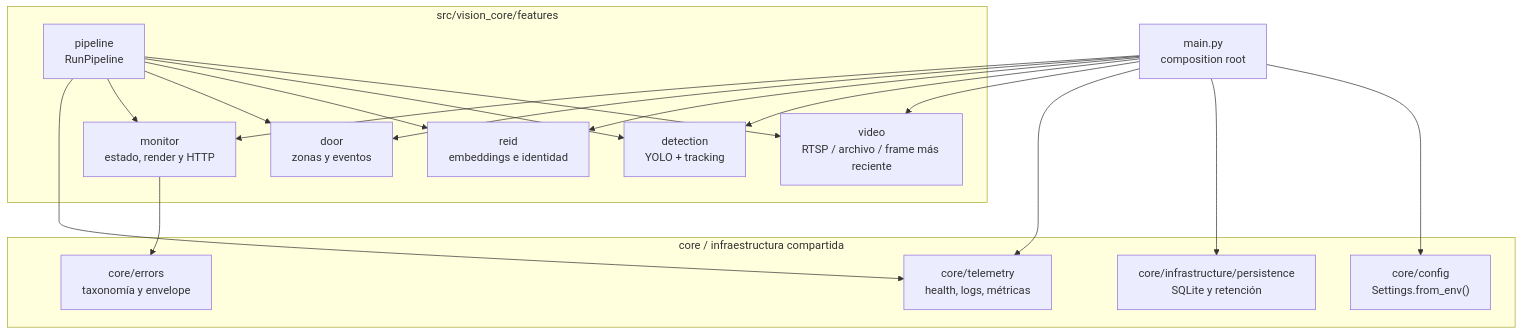
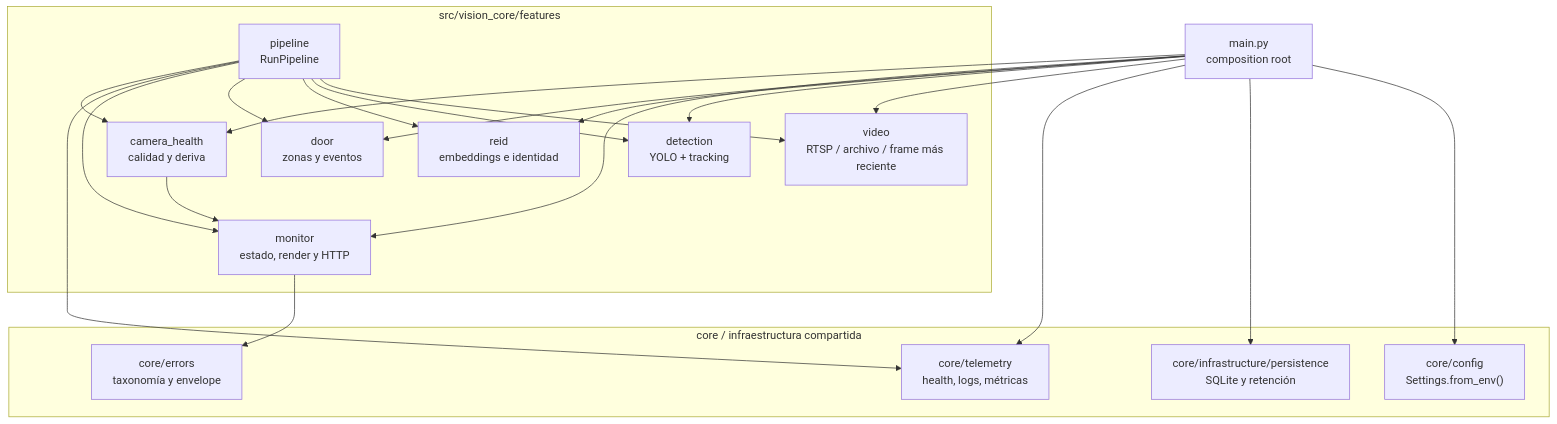
The third of 4 diagrams in docs/diagrams.md (ECOSUR-TEAM/Vision-Core), drawn with Mermaid before and after one commit. The commit also changed other lines of this file and 8 other files, not shown here.

````diff
--- a/docs/diagrams.md
+++ b/docs/diagrams.md
@@ -65,36 +65,40 @@
 ```mermaid
 flowchart TB
     Main["main.py<br/>composition root"]
 
     subgraph Features["src/vision_core/features"]
         Video["video<br/>RTSP / archivo / frame más reciente"]
         Detection["detection<br/>YOLO + tracking"]
         ReID["reid<br/>embeddings e identidad"]
         Door["door<br/>zonas y eventos"]
         Pipeline["pipeline<br/>RunPipeline"]
         Monitor["monitor<br/>estado, render y HTTP"]
+        CameraQuality["camera_health<br/>calidad y deriva"]
     end
 
     subgraph Shared["core / infraestructura compartida"]
         Obs["core/telemetry<br/>health, logs, métricas"]
         Errors["core/errors<br/>taxonomía y envelope"]
         Persist["core/infrastructure/persistence<br/>SQLite y retención"]
         Settings["core/config<br/>Settings.from_env()"]
     end
 
     Main --> Settings
     Main --> Video
     Main --> Detection
     Main --> ReID
     Main --> Door
     Main --> Persist
     Main --> Obs
     Main --> Monitor
+    Main --> CameraQuality
     Pipeline --> Video
     Pipeline --> Detection
     Pipeline --> ReID
     Pipeline --> Door
     Pipeline --> Monitor
     Pipeline --> Obs
+    Pipeline --> CameraQuality
+    CameraQuality --> Monitor
     Monitor --> Errors
 ```
````
